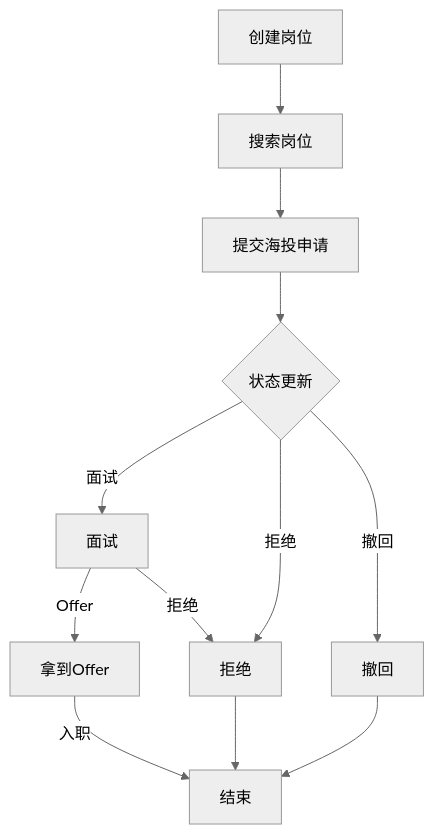
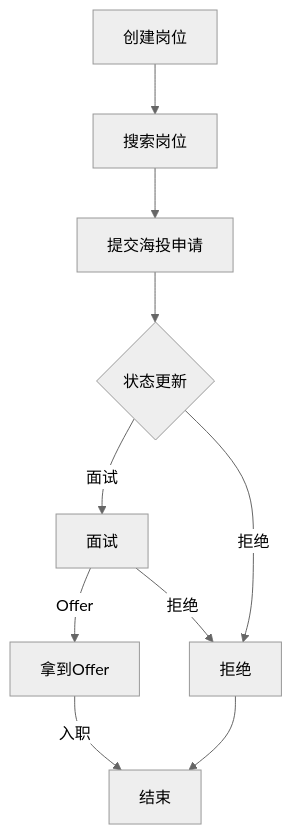
The diagram in docs/placement-domain-sea-application-design.md (victorx98/sa2-mvp), drawn with Mermaid (neutral theme) before and after one commit. The commit also changed other lines of this file and 10 other files, not shown here.

````diff
--- a/docs/placement-domain-sea-application-design.md
+++ b/docs/placement-domain-sea-application-design.md
@@ -187,14 +187,12 @@
 ```mermaid
 flowchart TD
     A[创建岗位] --> B[搜索岗位]
     B --> C[提交海投申请]
     C --> D{状态更新}
     D -->|面试| E[面试]
     D -->|拒绝| F[拒绝]
-    D -->|撤回| G[撤回]
     E -->|Offer| H[拿到Offer]
     E -->|拒绝| F
     H -->|入职| I[结束]
     F --> I
-    G --> I
 ```
````
